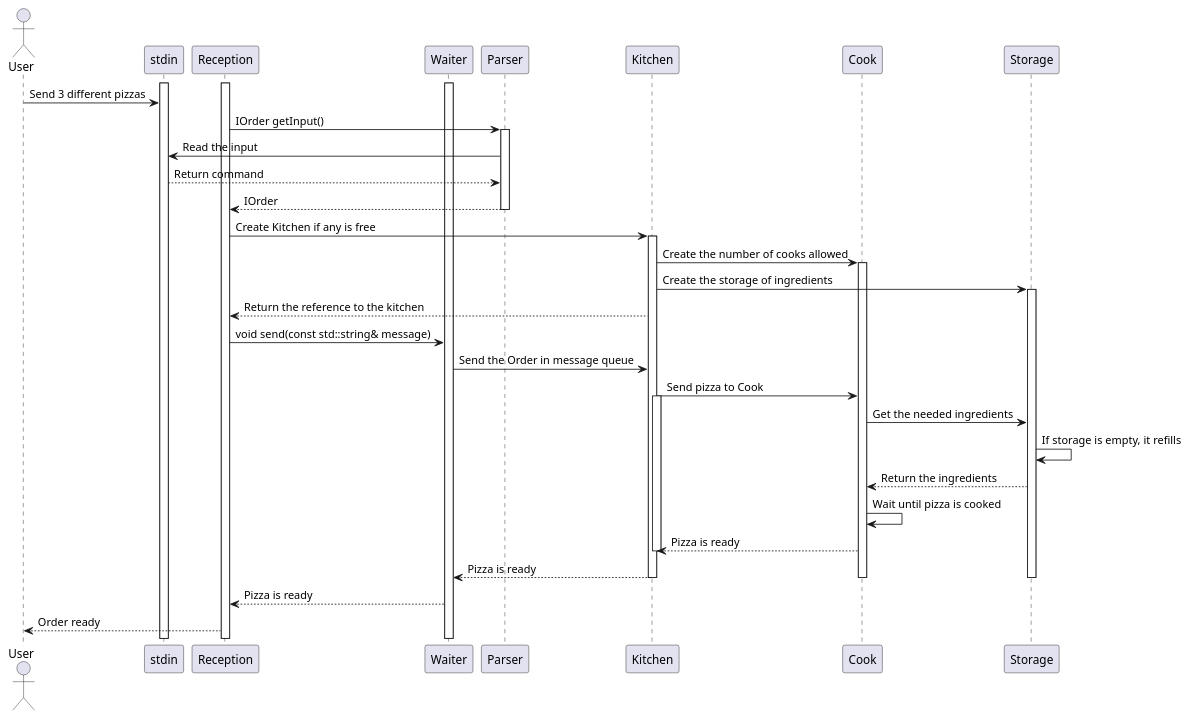
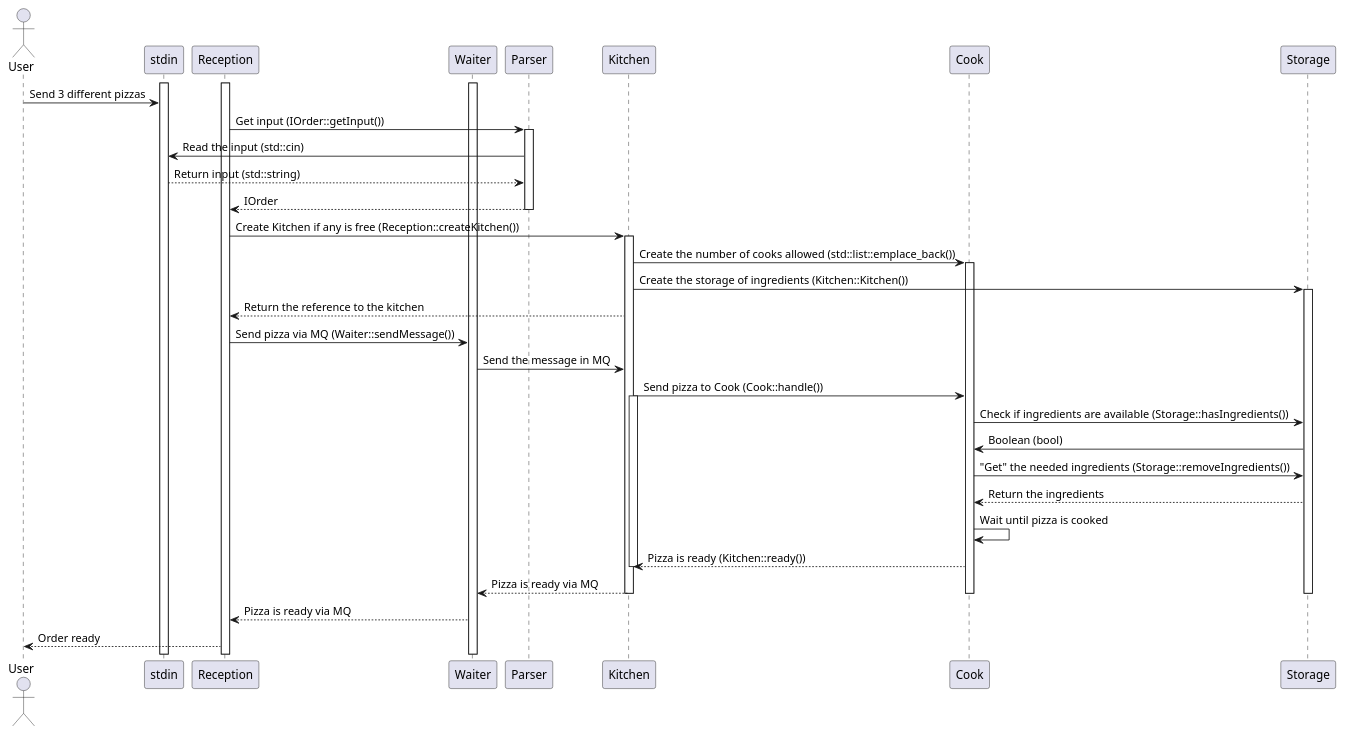
One commit to Madfish5415/CCP_plazza_2019 changed the diagram in uml/sequence.puml. Above: the diagram before and after it, drawn with PlantUML.

Commit message:
Update WIP sequence UML

```diff
--- a/uml/sequence.puml
+++ b/uml/sequence.puml
@@ -1,42 +1,43 @@
 @startuml plazza
 
 actor User
 
 activate stdin
 activate Reception
 activate Waiter
 
 User -> stdin: Send 3 different pizzas
-Reception -> Parser: IOrder getInput()
+Reception -> Parser: Get input (IOrder::getInput())
 activate Parser
-Parser -> stdin: Read the input
-stdin --> Parser: Return command
+Parser -> stdin: Read the input (std::cin)
+stdin --> Parser: Return input (std::string)
 return IOrder
 deactivate Parser
-Reception -> Kitchen: Create Kitchen if any is free
+Reception -> Kitchen: Create Kitchen if any is free (Reception::createKitchen())
 activate Kitchen
-Kitchen -> Cook: Create the number of cooks allowed
+Kitchen -> Cook: Create the number of cooks allowed (std::list::emplace_back())
 activate Cook
-Kitchen -> Storage: Create the storage of ingredients
+Kitchen -> Storage: Create the storage of ingredients (Kitchen::Kitchen())
 activate Storage
 Kitchen --> Reception: Return the reference to the kitchen
-Reception -> Waiter: void send(const std::string& message)
-Waiter -> Kitchen: Send the Order in message queue
-Kitchen -> Cook:  Send pizza to Cook
+Reception -> Waiter: Send pizza via MQ (Waiter::sendMessage())
+Waiter -> Kitchen: Send the message in MQ
+Kitchen -> Cook: Send pizza to Cook (Cook::handle())
 activate Kitchen
-Cook -> Storage: Get the needed ingredients
-Storage -> Storage: If storage is empty, it refills
+Cook -> Storage: Check if ingredients are available (Storage::hasIngredients())
+Storage -> Cook: Boolean (bool)
+Cook -> Storage: "Get" the needed ingredients (Storage::removeIngredients())
 Storage --> Cook: Return the ingredients
 Cook -> Cook: Wait until pizza is cooked
-Cook --> Kitchen: Pizza is ready
+Cook --> Kitchen: Pizza is ready (Kitchen::ready())
 deactivate Kitchen
-Kitchen --> Waiter: Pizza is ready
+Kitchen --> Waiter: Pizza is ready via MQ
 deactivate Kitchen
 deactivate Cook
 deactivate Storage
-Waiter --> Reception: Pizza is ready
+Waiter --> Reception: Pizza is ready via MQ
 Reception --> User: Order ready
 
 
 
 @endumlæ
```
